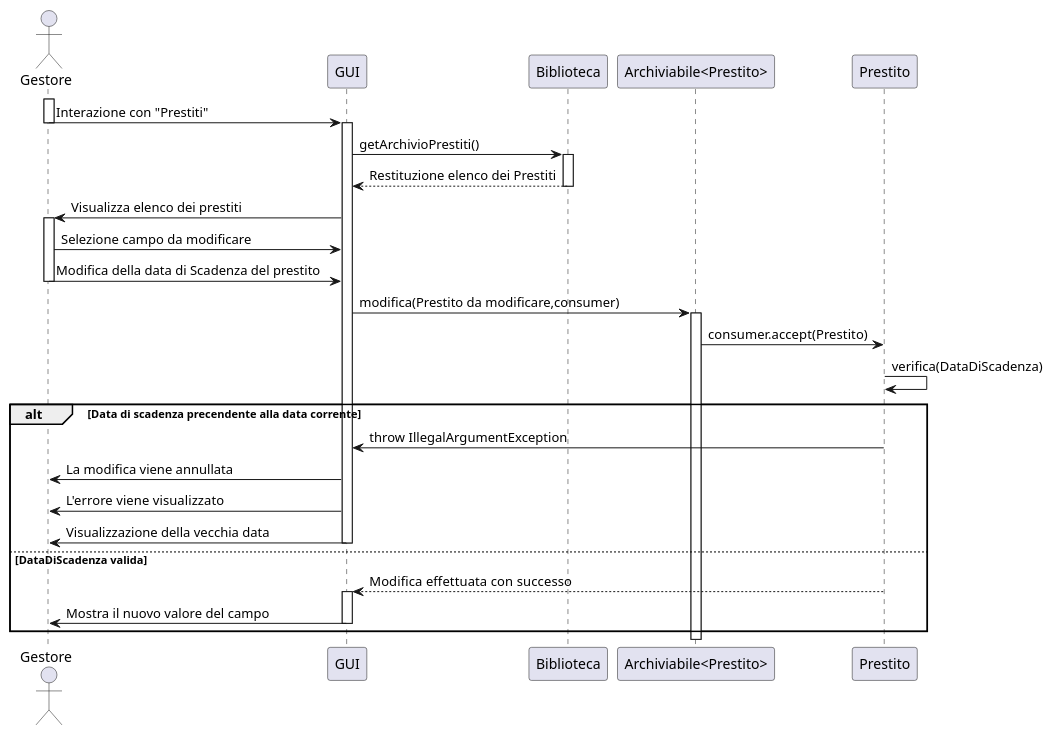
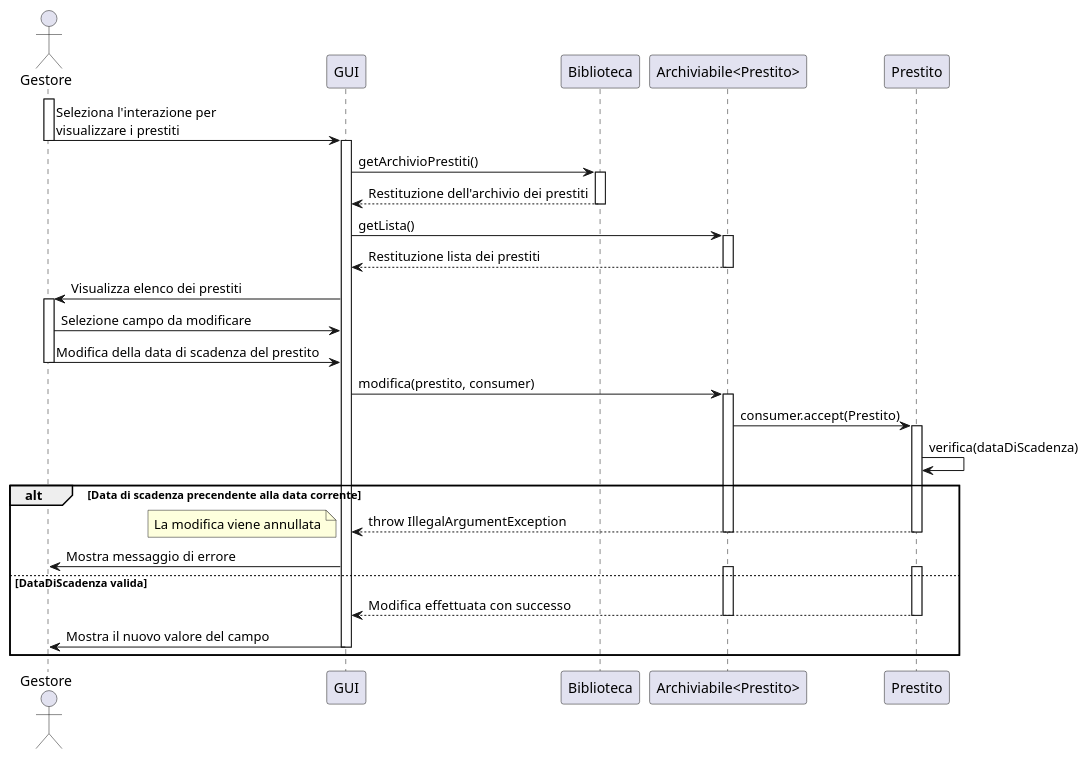
Before and after one commit to Meziu/easylibrary: the diagram in docs/uml/DiagrammiSequenza/UMLModificaPrestito.puml, drawn with PlantUML. The commit also changed 5 other files, not shown here.

Commit message:
Migliorie ai diagrammi di sequenza

```diff
--- a/docs/uml/DiagrammiSequenza/UMLModificaPrestito.puml
+++ b/docs/uml/DiagrammiSequenza/UMLModificaPrestito.puml
@@ -1,47 +1,58 @@
 @startuml
 actor Gestore as G
 participant "GUI" as UI
 participant "Biblioteca" as B
 participant "Archiviabile<Prestito>" as A
 participant "Prestito" as P
 
 activate G
 '---Modifica prestiti---
-G -> UI : Interazione con "Prestiti"
+G -> UI : Seleziona l'interazione per\nvisualizzare i prestiti
 deactivate G
 
 activate UI
 UI -> B : getArchivioPrestiti()
 activate B
-B --> UI : Restituzione elenco dei Prestiti
+B --> UI : Restituzione dell'archivio dei prestiti
 deactivate B
+
+UI -> A : getLista()
+activate A
+A --> UI : Restituzione lista dei prestiti
+deactivate A
+
 UI -> G : Visualizza elenco dei prestiti
 activate G
 
 G -> UI : Selezione campo da modificare
-G -> UI : Modifica della data di Scadenza del prestito
+G -> UI : Modifica della data di scadenza del prestito
 deactivate G
 
 '--- Invio all'archivio
-UI -> A : modifica(Prestito da modificare,consumer)
+UI -> A : modifica(prestito, consumer)
 activate A
 A -> P : consumer.accept(Prestito)
-P -> P : verifica(DataDiScadenza)
+activate P
+P -> P : verifica(dataDiScadenza)
 
 '--- Data di scadenza valida---
 alt Data di scadenza precendente alla data corrente
-P -> UI : throw IllegalArgumentException
-UI -> G : La modifica viene annullata
-UI -> G : L'errore viene visualizzato
-UI -> G : Visualizzazione della vecchia data
-deactivate UI
+    P --> UI : throw IllegalArgumentException
+    deactivate P
+    deactivate A
 
+    note left
+    La modifica viene annullata
+    endnote
 
+    UI -> G : Mostra messaggio di errore
 else DataDiScadenza valida
-P --> UI : Modifica  effettuata con successo
-activate UI
-UI -> G : Mostra il nuovo valore del campo
-deactivate UI
-
+    activate P
+    activate A
+    P --> UI : Modifica  effettuata con successo
+    deactivate P
+    deactivate A
+    UI -> G : Mostra il nuovo valore del campo
+    deactivate UI
 end
 @enduml
```
